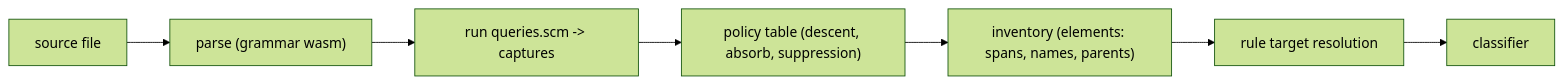
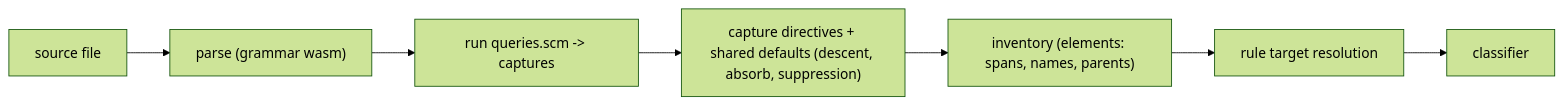
Before and after one commit to sedulustech/jint: the second of 2 diagrams in docs/designs/grammar-loading.md, drawn with Mermaid (forest theme). The commit also changed other lines of this file and 9 other files, not shown here.

First line of the commit message:
feat(grammars): capture directives step 4 - structural prevention

````diff
--- a/docs/designs/grammar-loading.md
+++ b/docs/designs/grammar-loading.md
@@ -89,9 +91,9 @@
 ```mermaid 60
 flowchart LR
   F["source file"] --> P["parse (grammar wasm)"]
   P --> Q["run queries.scm -> captures"]
-  Q --> R["policy table (descent, absorb, suppression)"]
+  Q --> R["capture directives + shared defaults (descent, absorb, suppression)"]
   R --> I["inventory (elements: spans, names, parents)"]
   I --> T["rule target resolution"]
   T --> C["classifier"]
 ```
````
